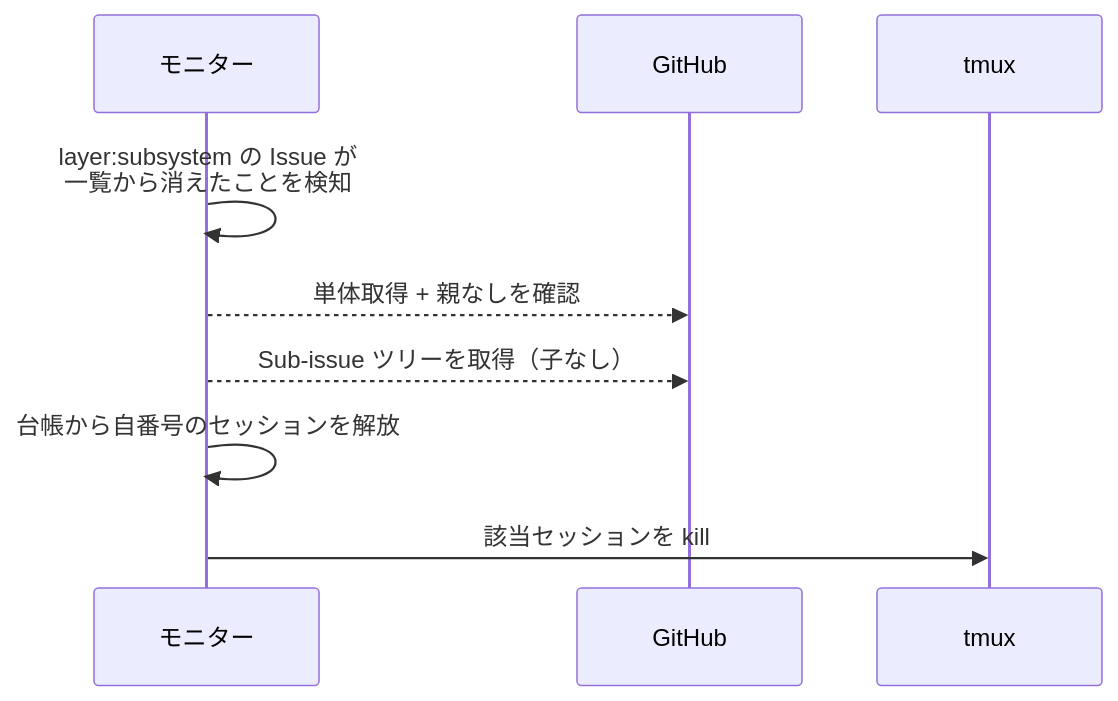
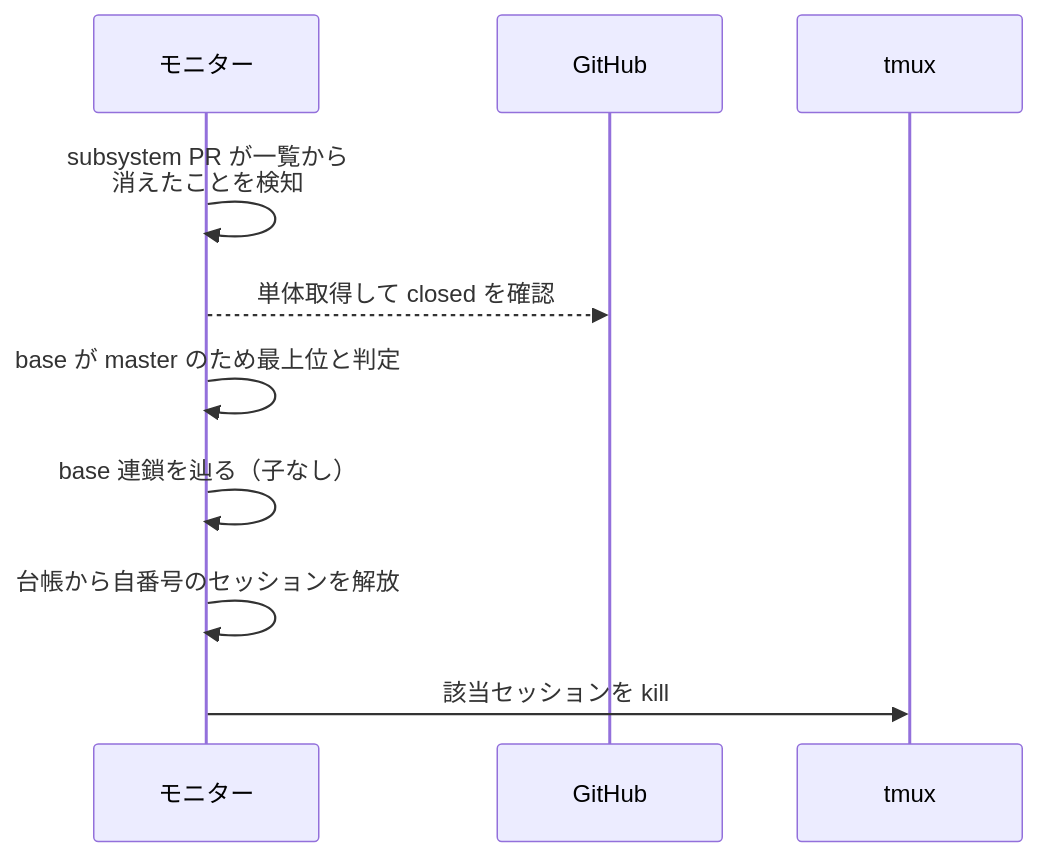
The fourth of 7 diagrams in docs/wiki/設計図/インターフェース定義/バックエンド/一括解放.py.md (shuhei1101/ai-monitor), drawn with Mermaid before and after one commit. The commit also changed other lines of this file and 256 other files, not shown here.

````diff
--- a/docs/wiki/設計図/インターフェース定義/バックエンド/一括解放.py.md
+++ b/docs/wiki/設計図/インターフェース定義/バックエンド/一括解放.py.md
@@ -149,12 +147,13 @@
 ```mermaid
 sequenceDiagram
   participant MON as モニター
   participant GH as GitHub
   participant TMUX as tmux
 
-  MON->>MON: layer:subsystem の Issue が<br>一覧から消えたことを検知
-  MON-->>GH: 単体取得 + 親なしを確認
-  MON-->>GH: Sub-issue ツリーを取得（子なし）
+  MON->>MON: subsystem PR が一覧から<br>消えたことを検知
+  MON-->>GH: 単体取得して closed を確認
+  MON->>MON: base が master のため最上位と判定
+  MON->>MON: base 連鎖を辿る（子なし）
   MON->>MON: 台帳から自番号のセッションを解放
   MON->>TMUX: 該当セッションを kill
 ```
````
